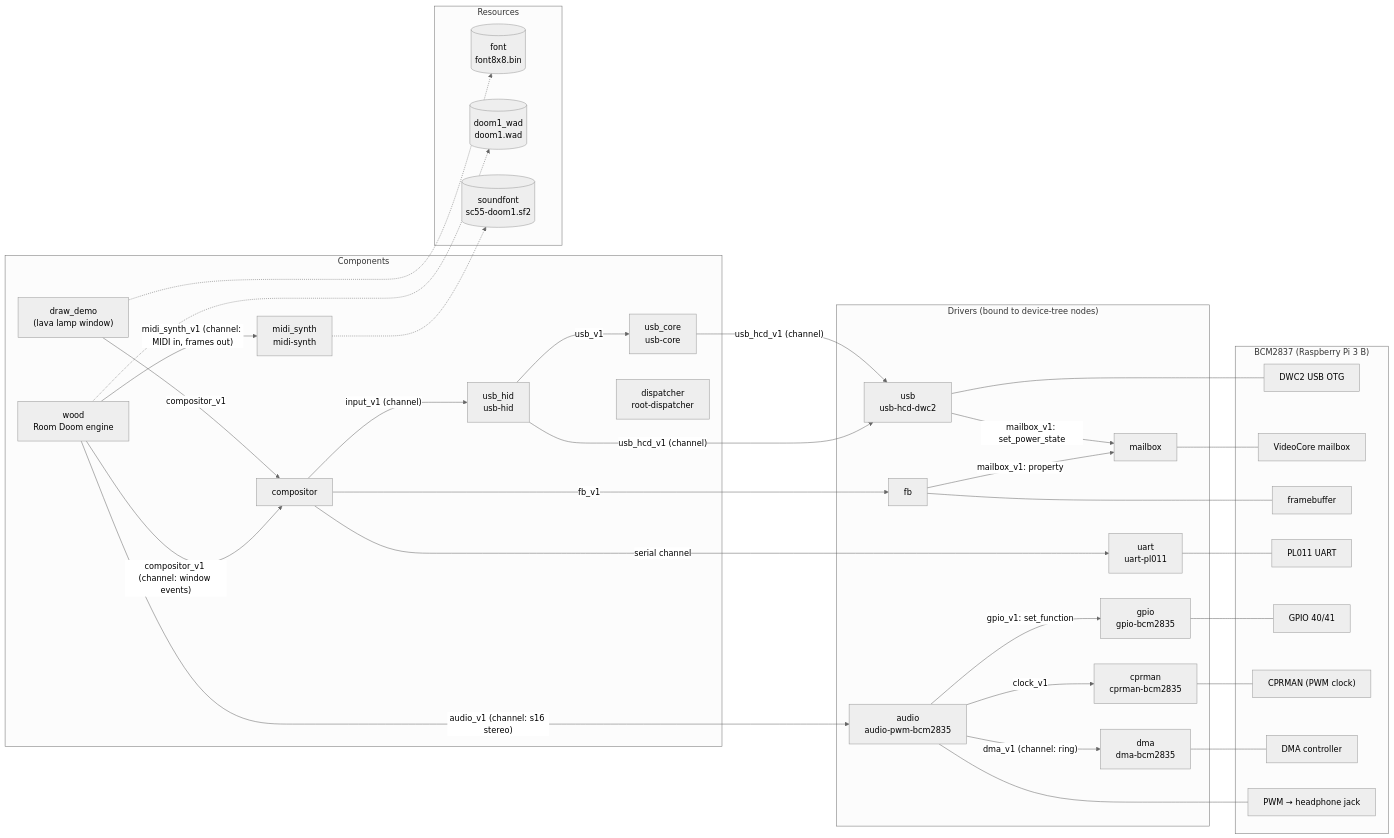
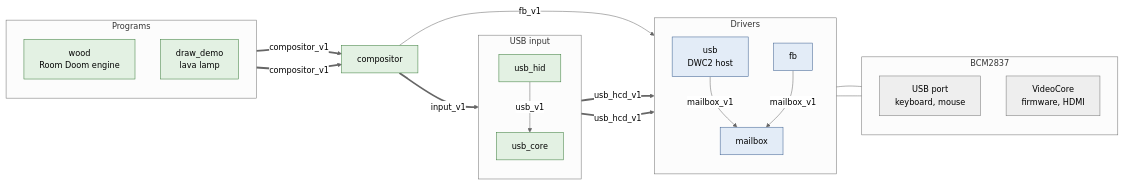
Before and after one commit to metta-systems/vesper: the first of 3 diagrams in userspace/wood/wood-test-image.md, drawn with Mermaid (neutral theme). The commit also changed other lines of this file, not shown here.

Commit message:
Update diagrams

````diff
--- a/userspace/wood/wood-test-image.md
+++ b/userspace/wood/wood-test-image.md
@@ -19,76 +20,48 @@
 ```mermaid
 flowchart LR
-    subgraph hardware["BCM2837 (Raspberry Pi 3 B)"]
-        hw_usb["DWC2 USB OTG"]
-        hw_mbox["VideoCore mailbox"]
-        hw_fb["framebuffer"]
-        hw_uart["PL011 UART"]
-        hw_gpio["GPIO 40/41"]
-        hw_cprman["CPRMAN (PWM clock)"]
-        hw_dma["DMA controller"]
-        hw_pwm["PWM → headphone jack"]
+    subgraph programs["Programs"]
+        direction TB
+        wood["wood<br/>Room Doom engine"]
+        lamp["draw_demo<br/>lava lamp"]
     end
 
-    subgraph drivers["Drivers (bound to device-tree nodes)"]
-        usb["usb<br/>usb-hcd-dwc2"]
-        mailbox["mailbox"]
-        fb["fb"]
-        uart["uart<br/>uart-pl011"]
-        gpio["gpio<br/>gpio-bcm2835"]
-        cprman["cprman<br/>cprman-bcm2835"]
-        dma["dma<br/>dma-bcm2835"]
-        audio["audio<br/>audio-pwm-bcm2835"]
+    compositor["compositor"]
+
+    subgraph input["USB input"]
+        direction TB
+        usb_hid["usb_hid"]
+        usb_core["usb_core"]
     end
 
-    subgraph programs["Components"]
-        usb_core["usb_core<br/>usb-core"]
-        usb_hid["usb_hid<br/>usb-hid"]
-        compositor["compositor"]
-        draw_demo["draw_demo<br/>(lava lamp window)"]
-        wood["wood<br/>Room Doom engine"]
-        midi_synth["midi_synth<br/>midi-synth"]
-        dispatcher["dispatcher<br/>root-dispatcher"]
+    subgraph drivers["Drivers"]
+        direction TB
+        usb["usb<br/>DWC2 host"]
+        fb["fb"]
+        mailbox["mailbox"]
     end
 
-    subgraph resources["Resources"]
-        font[("font<br/>font8x8.bin")]
-        wad[("doom1_wad<br/>doom1.wad")]
-        soundfont[("soundfont<br/>sc55-doom1.sf2")]
+    subgraph hardware["BCM2837"]
+        direction TB
+        hw_usb["USB port<br/>keyboard, mouse"]
+        hw_videocore["VideoCore<br/>firmware, HDMI"]
     end
 
-    %% Input: keyboard and mouse over USB
-    usb_core -->|"usb_hcd_v1 (channel)"| usb
-    usb_hid -->|"usb_v1"| usb_core
-    usb_hid -->|"usb_hcd_v1 (channel)"| usb
-    usb -->|"mailbox_v1: set_power_state"| mailbox
+    wood ==>|compositor_v1| compositor
+    lamp ==>|compositor_v1| compositor
+    compositor ==>|input_v1| usb_hid
+    compositor -->|fb_v1| fb
+    usb_hid -->|usb_v1| usb_core
+    usb_hid ==>|usb_hcd_v1| usb
+    usb_core ==>|usb_hcd_v1| usb
+    usb -->|mailbox_v1| mailbox
+    fb -->|mailbox_v1| mailbox
+    usb --- hw_usb
+    mailbox --- hw_videocore
 
-    %% Display
-    compositor -->|"input_v1 (channel)"| usb_hid
-    compositor -->|"fb_v1"| fb
-    compositor -->|"serial channel"| uart
-    fb -->|"mailbox_v1: property"| mailbox
-    draw_demo -->|"compositor_v1"| compositor
-    wood -->|"compositor_v1 (channel: window events)"| compositor
-
-    %% Sound
-    wood -->|"midi_synth_v1 (channel: MIDI in, frames out)"| midi_synth
-    wood -->|"audio_v1 (channel: s16 stereo)"| audio
-    audio -->|"clock_v1"| cprman
-    audio -->|"gpio_v1: set_function"| gpio
-    audio -->|"dma_v1 (channel: ring)"| dma
-
-    %% Bundled data
-    draw_demo -.-> font
-    wood -.-> wad
-    midi_synth -.-> soundfont
-
-    %% Devices each driver owns
-    usb --- hw_usb
-    mailbox --- hw_mbox
-    fb --- hw_fb
-    uart --- hw_uart
-    gpio --- hw_gpio
-    cprman --- hw_cprman
-    dma --- hw_dma
-    audio --- hw_pwm
+    classDef program fill:#e3f1e3,stroke:#3b7d3b
+    classDef driver fill:#e3ecf7,stroke:#3b5f8f
+    classDef device fill:#eeeeee,stroke:#777777
+    class wood,lamp,compositor,usb_hid,usb_core program
+    class usb,fb,mailbox driver
+    class hw_usb,hw_videocore device
 ```
````
